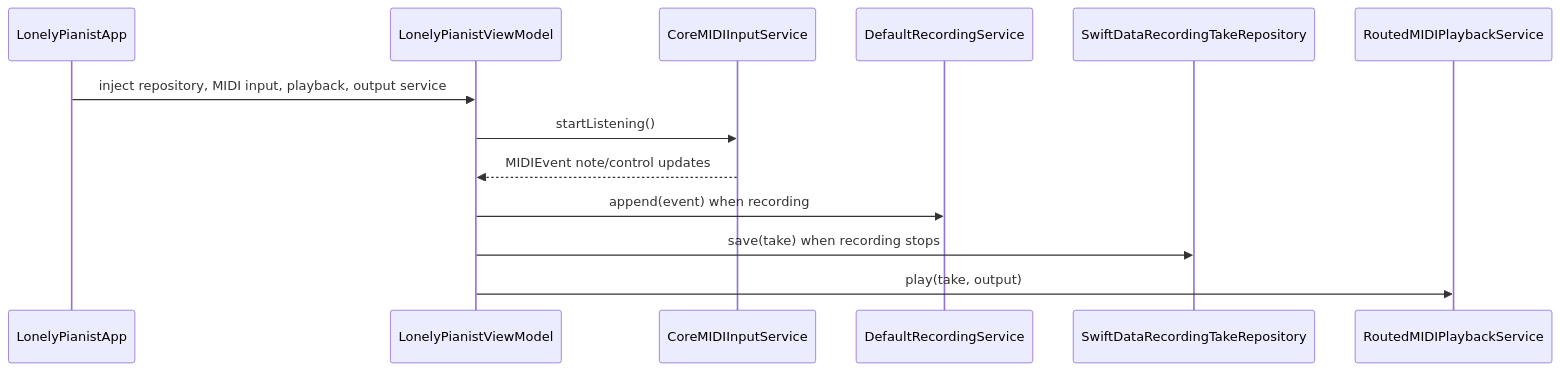
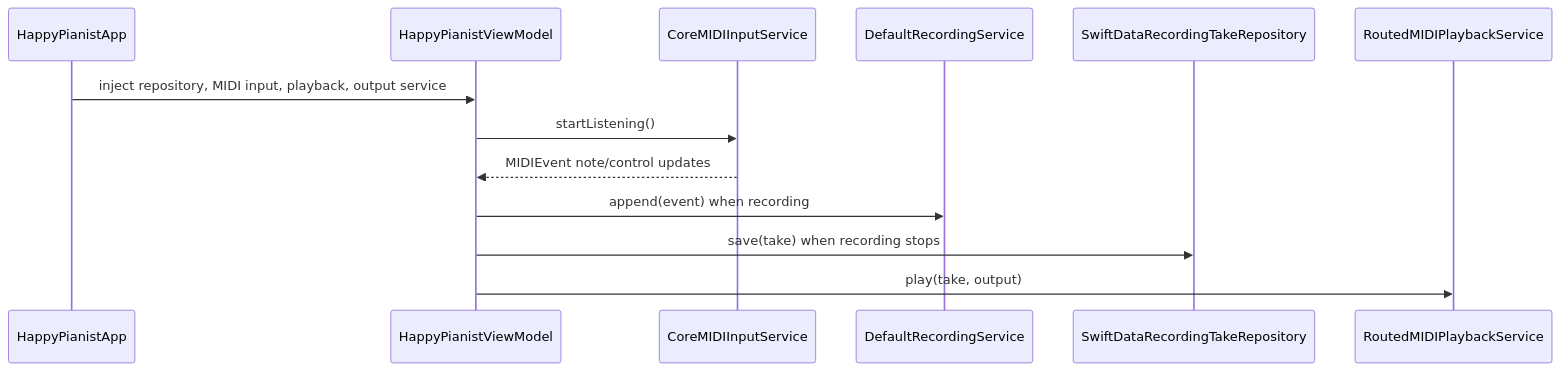
The first of 4 diagrams in docs/data-flow.md (chiimagnus/Amoroso), drawn with Mermaid before and after one commit. The commit also changed other lines of this file and 577 other files, not shown here.

Commit message:
重命名项目为 HappyPianist

````diff
--- a/docs/data-flow.md
+++ b/docs/data-flow.md
@@ -25,16 +25,16 @@
 ```mermaid
 sequenceDiagram
-  participant App as LonelyPianistApp
-  participant VM as LonelyPianistViewModel
+  participant App as HappyPianistApp
+  participant VM as HappyPianistViewModel
   participant MIDI as CoreMIDIInputService
   participant Rec as DefaultRecordingService
   participant Repo as SwiftDataRecordingTakeRepository
   participant Play as RoutedMIDIPlaybackService
 
   App->>VM: inject repository, MIDI input, playback, output service
   VM->>MIDI: startListening()
   MIDI-->>VM: MIDIEvent note/control updates
   VM->>Rec: append(event) when recording
   VM->>Repo: save(take) when recording stops
   VM->>Play: play(take, output)
 ```
````
